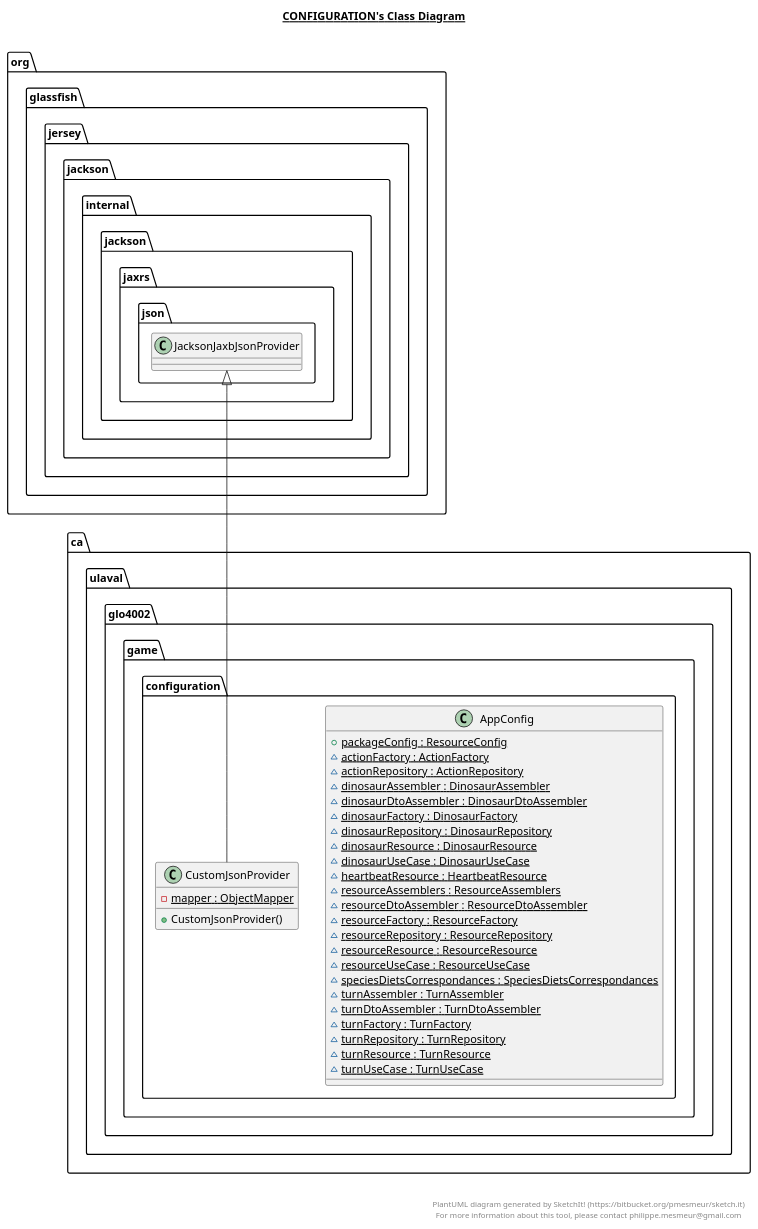
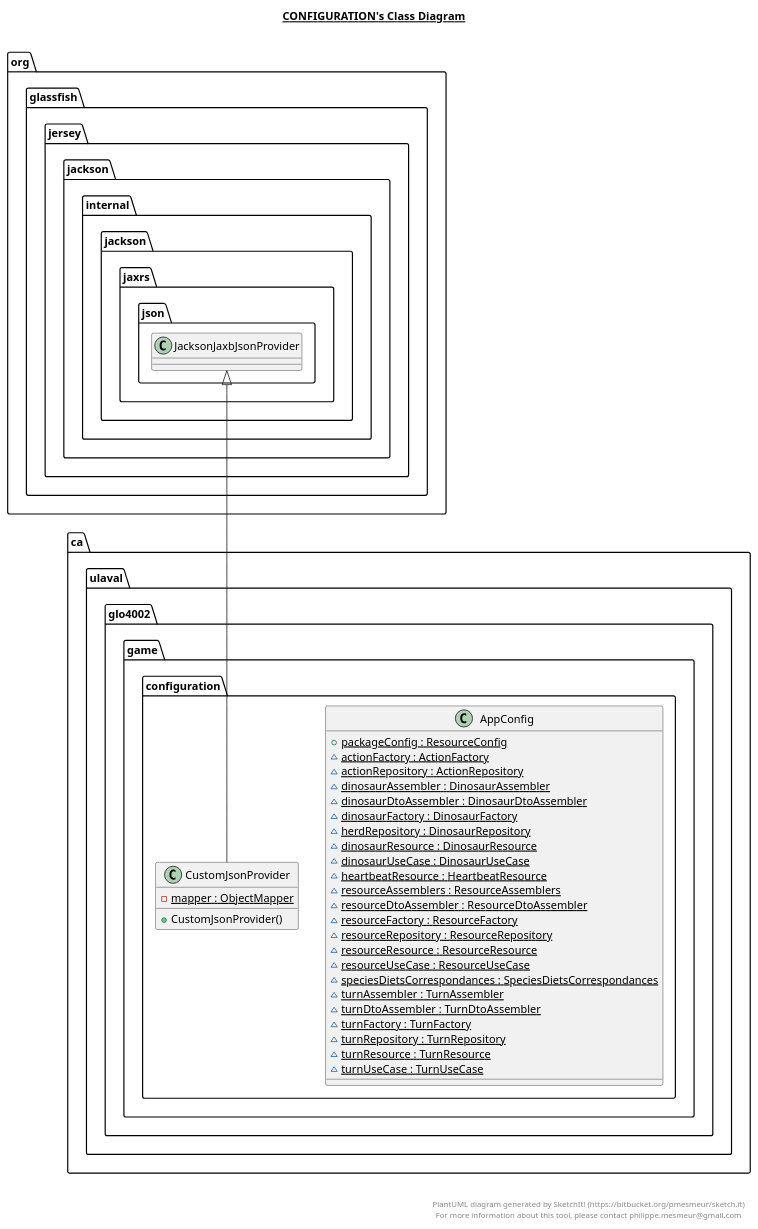
One commit to MALEC321/MEP7 changed the diagram in game-api/src/main/java/ca/ulaval/glo4002/game/configuration/configuration.plantuml. Above: the diagram before and after it, drawn with PlantUML. The commit also changed 22 other files, not shown here.

```diff
--- a/game-api/src/main/java/ca/ulaval/glo4002/game/configuration/configuration.plantuml
+++ b/game-api/src/main/java/ca/ulaval/glo4002/game/configuration/configuration.plantuml
@@ -1,56 +1,56 @@
 @startuml
 
 title __CONFIGURATION's Class Diagram__\n
 
     namespace ca.ulaval.glo4002.game {
       namespace configuration {
         class ca.ulaval.glo4002.game.configuration.AppConfig {
             {static} + packageConfig : ResourceConfig
             {static} ~ actionFactory : ActionFactory
             {static} ~ actionRepository : ActionRepository
             {static} ~ dinosaurAssembler : DinosaurAssembler
             {static} ~ dinosaurDtoAssembler : DinosaurDtoAssembler
             {static} ~ dinosaurFactory : DinosaurFactory
-            {static} ~ dinosaurRepository : DinosaurRepository
+            {static} ~ herdRepository : DinosaurRepository
             {static} ~ dinosaurResource : DinosaurResource
             {static} ~ dinosaurUseCase : DinosaurUseCase
             {static} ~ heartbeatResource : HeartbeatResource
             {static} ~ resourceAssemblers : ResourceAssemblers
             {static} ~ resourceDtoAssembler : ResourceDtoAssembler
             {static} ~ resourceFactory : ResourceFactory
             {static} ~ resourceRepository : ResourceRepository
             {static} ~ resourceResource : ResourceResource
             {static} ~ resourceUseCase : ResourceUseCase
             {static} ~ speciesDietsCorrespondances : SpeciesDietsCorrespondances
             {static} ~ turnAssembler : TurnAssembler
             {static} ~ turnDtoAssembler : TurnDtoAssembler
             {static} ~ turnFactory : TurnFactory
             {static} ~ turnRepository : TurnRepository
             {static} ~ turnResource : TurnResource
             {static} ~ turnUseCase : TurnUseCase
         }
       }
     }
   
 
     namespace ca.ulaval.glo4002.game {
       namespace configuration {
         class ca.ulaval.glo4002.game.configuration.CustomJsonProvider {
             {static} - mapper : ObjectMapper
             + CustomJsonProvider()
         }
       }
     }
   
 
   ca.ulaval.glo4002.game.configuration.CustomJsonProvider -up-|> org.glassfish.jersey.jackson.internal.jackson.jaxrs.json.JacksonJaxbJsonProvider
 
 
 right footer
 
 
 PlantUML diagram generated by SketchIt! (https://bitbucket.org/pmesmeur/sketch.it)
 For more information about this tool, please contact philippe.mesmeur@gmail.com
 endfooter
 
 @enduml
```
